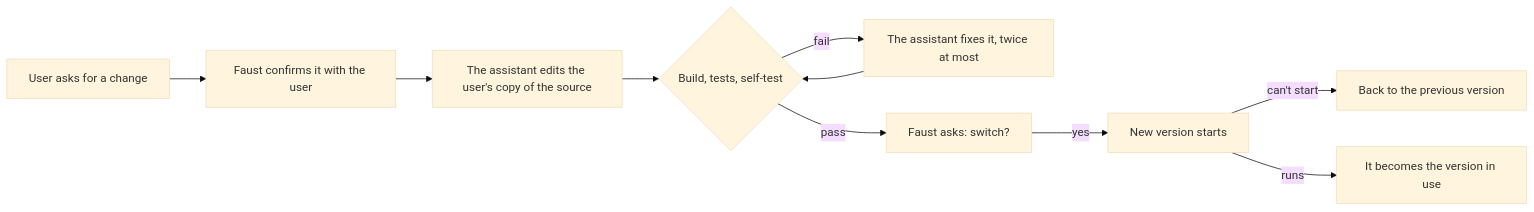
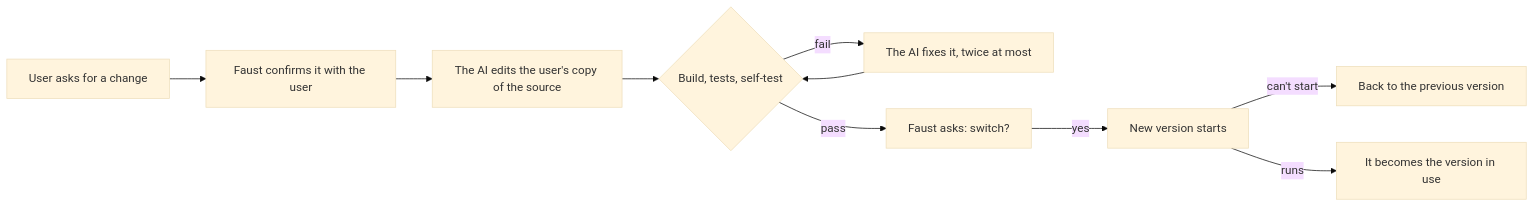
Before and after one commit to renshi-a/faust: the diagram in README.md, drawn with Mermaid (base theme). The commit also changed other lines of this file, not shown here.

````diff
--- a/README.md
+++ b/README.md
@@ -54,11 +52,11 @@
 ```mermaid
 flowchart LR
     A[User asks for a change] --> B[Faust confirms it with the user]
-    B --> C[The assistant edits the user's copy of the source]
+    B --> C[The AI edits the user's copy of the source]
     C --> D{Build, tests, self-test}
-    D -- fail --> C2[The assistant fixes it, twice at most] --> D
+    D -- fail --> C2[The AI fixes it, twice at most] --> D
     D -- pass --> E[Faust asks: switch?]
     E -- yes --> F[New version starts]
     F -- can't start --> G[Back to the previous version]
     F -- runs --> H[It becomes the version in use]
 ```
````
